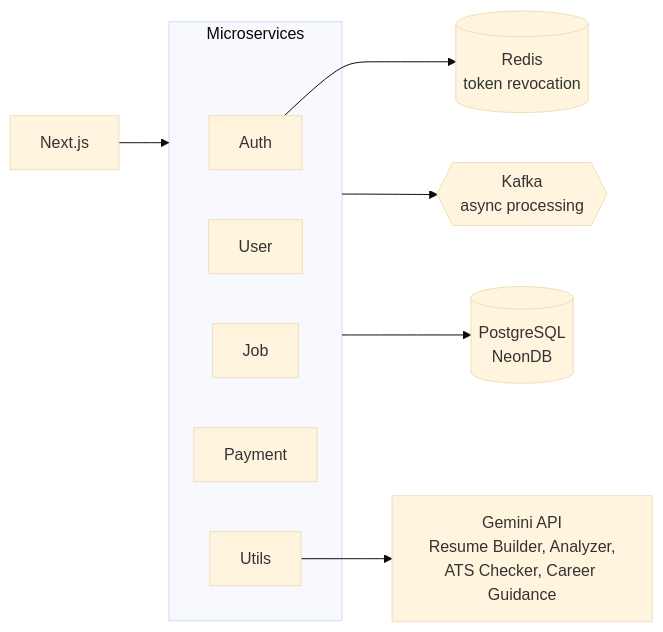
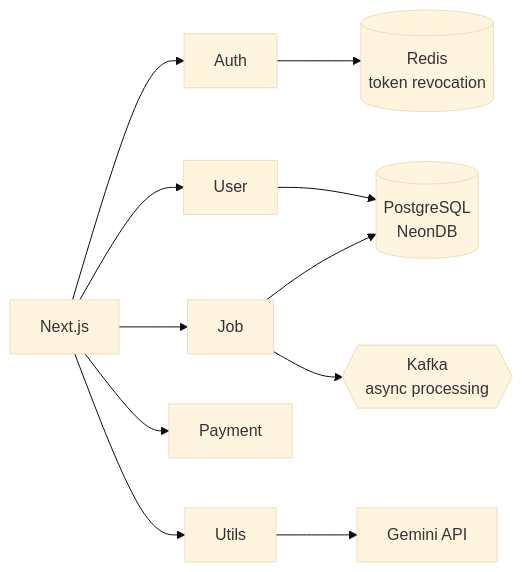
The sixth of 8 diagrams in README.md (Suraj854204/Readme-Profile), drawn with Mermaid (base theme) before and after one commit. The commit also changed other lines of this file, not shown here.

````diff
--- a/README.md
+++ b/README.md
@@ -147,15 +273,13 @@
 ```mermaid
 flowchart LR
-    FE["Next.js"] --> GW["Services"]
-    subgraph GW["Microservices"]
-      A["Auth"] 
-      U["User"]
-      J["Job"]
-      P["Payment"]
-      T["Utils"]
-    end
+    FE["Next.js"] --> A["Auth"]
+    FE --> U["User"]
+    FE --> J["Job"]
+    FE --> P["Payment"]
+    FE --> T["Utils"]
     A --> RD[("Redis<br/>token revocation")]
-    GW --> K{{"Kafka<br/>async processing"}}
-    GW --> PG[("PostgreSQL<br/>NeonDB")]
-    T --> GM["Gemini API<br/>Resume Builder, Analyzer,<br/>ATS Checker, Career Guidance"]
+    J --> K{{"Kafka<br/>async processing"}}
+    U --> PG[("PostgreSQL<br/>NeonDB")]
+    J --> PG
+    T --> GM["Gemini API"]
 ```
````
